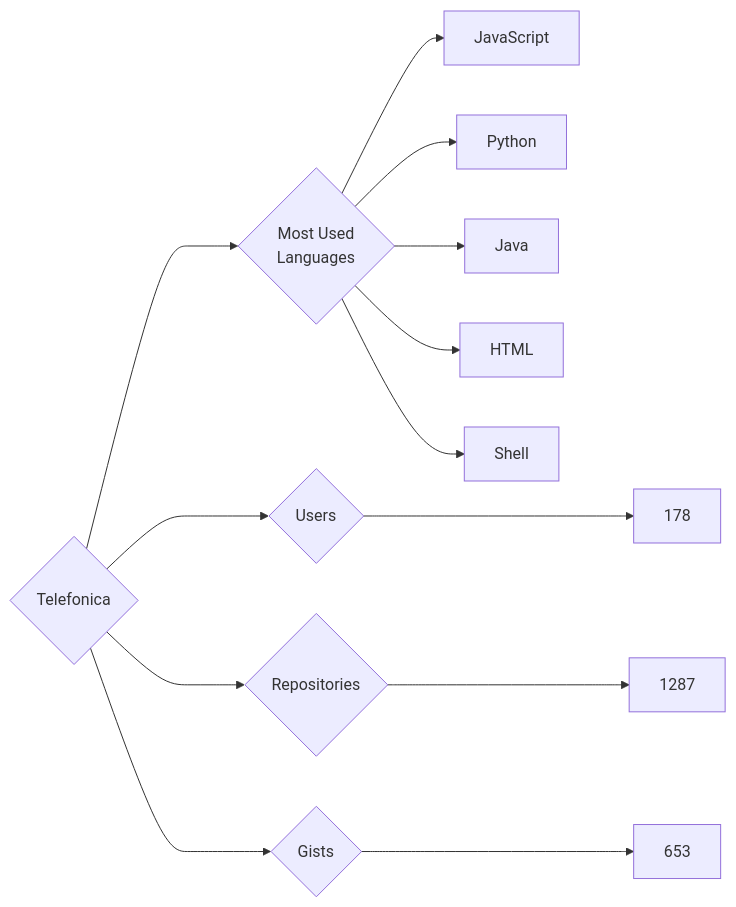
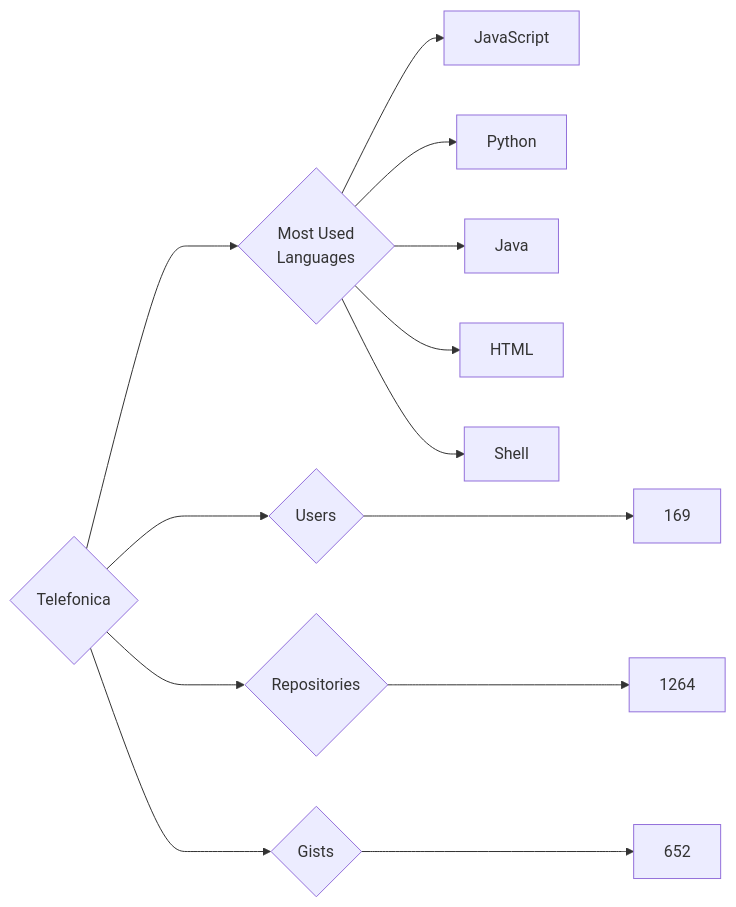
The diagram in targets/Telefonica/README.md (trickest/insiders), drawn with Mermaid before and after one commit. The commit also changed 870 other files, not shown here.

````diff
--- a/targets/Telefonica/README.md
+++ b/targets/Telefonica/README.md
@@ -3,13 +3,13 @@
 ```mermaid
 graph LR
 COMPANY_NAME{Telefonica}
-COMPANY_NAME ---> U{Users} ---> UN[178]
-COMPANY_NAME ---> R{Repositories} ---> RN[1287]
-COMPANY_NAME ---> G{Gists} ---> GN[653]
+COMPANY_NAME ---> U{Users} ---> UN[169]
+COMPANY_NAME ---> R{Repositories} ---> RN[1264]
+COMPANY_NAME ---> G{Gists} ---> GN[652]
 COMPANY_NAME ---> ML{Most Used<br>Languages}
 ML --> JavaScript[JavaScript]
 ML --> Python[Python]
 ML --> Java[Java]
 ML --> HTML[HTML]
 ML --> Shell[Shell]
 ```
````
